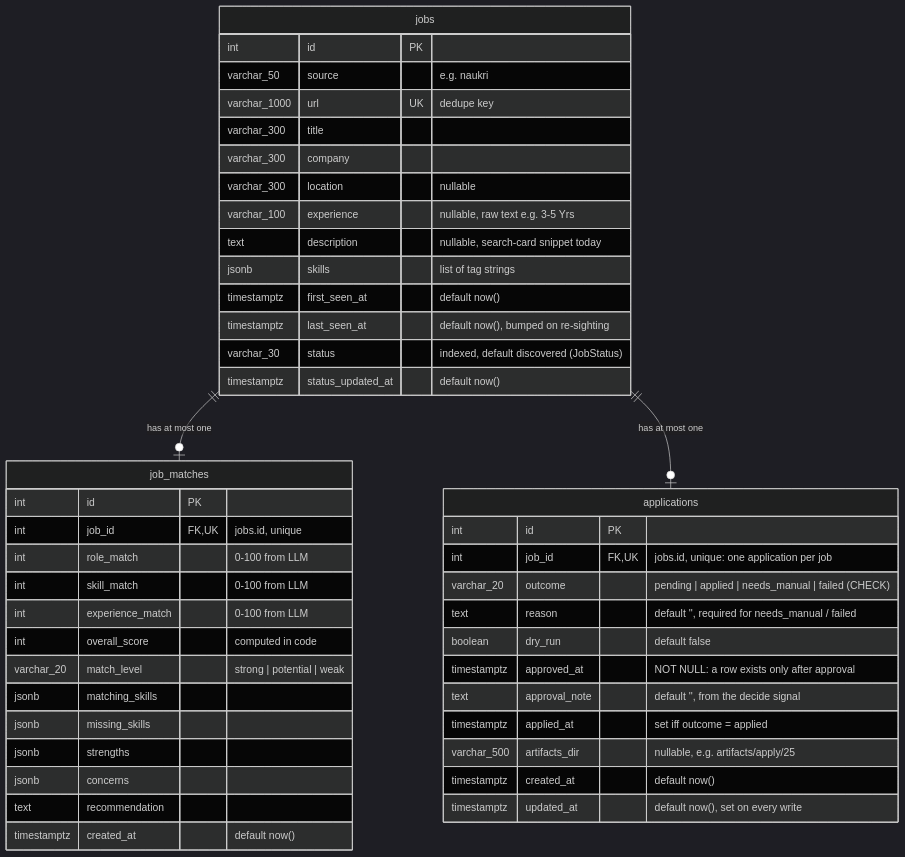
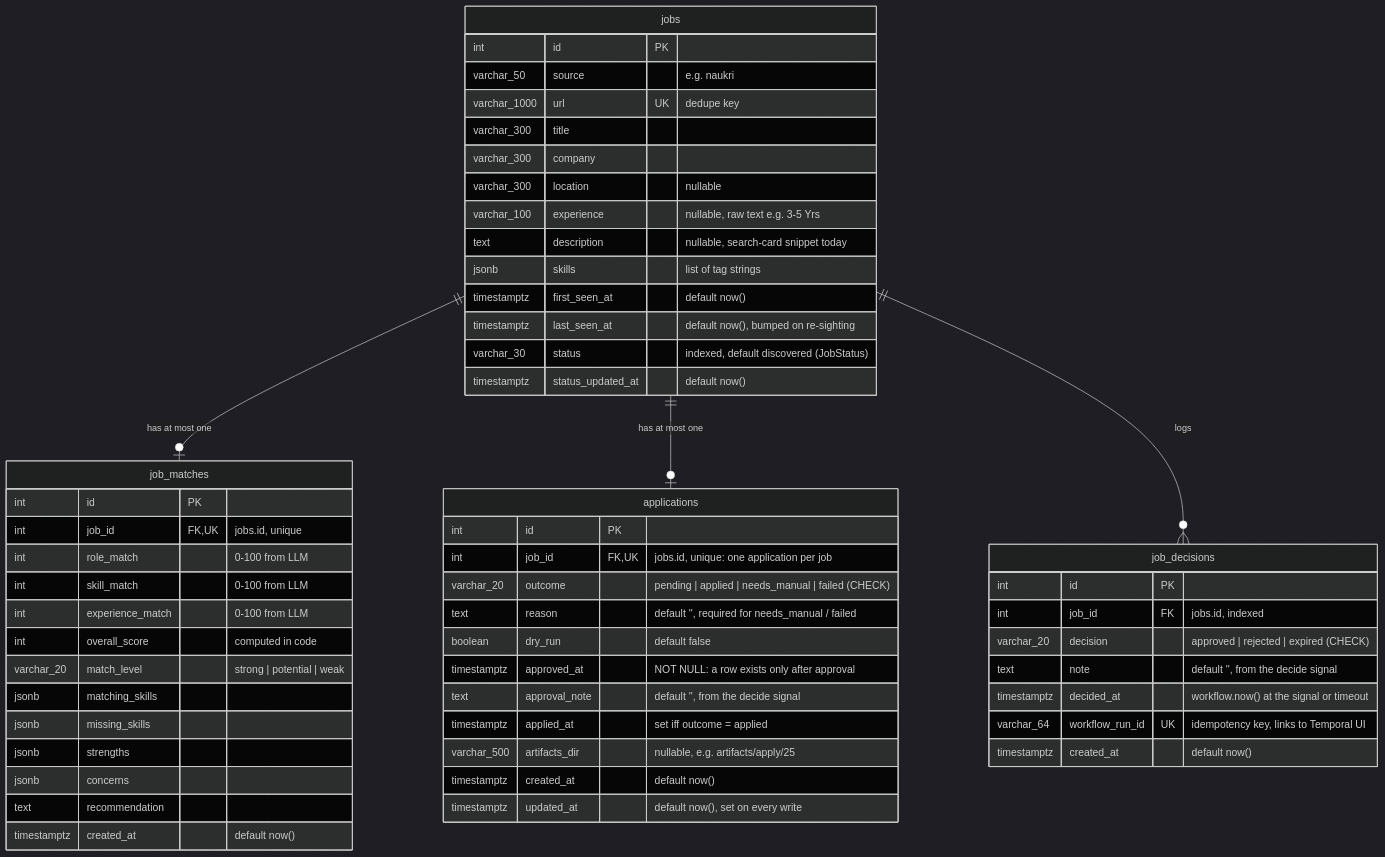
Before and after one commit to dhiraj849/Job_assistent: the first of 2 diagrams in docs/04-data-model.md, drawn with Mermaid (dark theme). The commit also changed other lines of this file and 3 other files, not shown here.

First line of the commit message:
docs: document already-applied skip, job_decisions and applied-terminal guard

````diff
--- a/docs/04-data-model.md
+++ b/docs/04-data-model.md
@@ -12,48 +13,58 @@
 ```mermaid
 erDiagram
     jobs ||--o| job_matches : "has at most one"
     jobs ||--o| applications : "has at most one"
+    jobs ||--o{ job_decisions : "logs"
     jobs {
         int id PK
         varchar_50 source "e.g. naukri"
         varchar_1000 url UK "dedupe key"
         varchar_300 title
         varchar_300 company
         varchar_300 location "nullable"
         varchar_100 experience "nullable, raw text e.g. 3-5 Yrs"
         text description "nullable, search-card snippet today"
         jsonb skills "list of tag strings"
         timestamptz first_seen_at "default now()"
         timestamptz last_seen_at "default now(), bumped on re-sighting"
         varchar_30 status "indexed, default discovered (JobStatus)"
         timestamptz status_updated_at "default now()"
     }
     job_matches {
         int id PK
         int job_id FK, UK "jobs.id, unique"
         int role_match "0-100 from LLM"
         int skill_match "0-100 from LLM"
         int experience_match "0-100 from LLM"
         int overall_score "computed in code"
         varchar_20 match_level "strong | potential | weak"
         jsonb matching_skills
         jsonb missing_skills
         jsonb strengths
         jsonb concerns
         text recommendation
         timestamptz created_at "default now()"
     }
     applications {
         int id PK
         int job_id FK, UK "jobs.id, unique: one application per job"
         varchar_20 outcome "pending | applied | needs_manual | failed (CHECK)"
         text reason "default '', required for needs_manual / failed"
         boolean dry_run "default false"
         timestamptz approved_at "NOT NULL: a row exists only after approval"
         text approval_note "default '', from the decide signal"
         timestamptz applied_at "set iff outcome = applied"
         varchar_500 artifacts_dir "nullable, e.g. artifacts/apply/25"
         timestamptz created_at "default now()"
         timestamptz updated_at "default now(), set on every write"
     }
+    job_decisions {
+        int id PK
+        int job_id FK "jobs.id, indexed"
+        varchar_20 decision "approved | rejected | expired (CHECK)"
+        text note "default '', from the decide signal"
+        timestamptz decided_at "workflow.now() at the signal or timeout"
+        varchar_64 workflow_run_id UK "idempotency key, links to Temporal UI"
+        timestamptz created_at "default now()"
+    }
 ```
````
